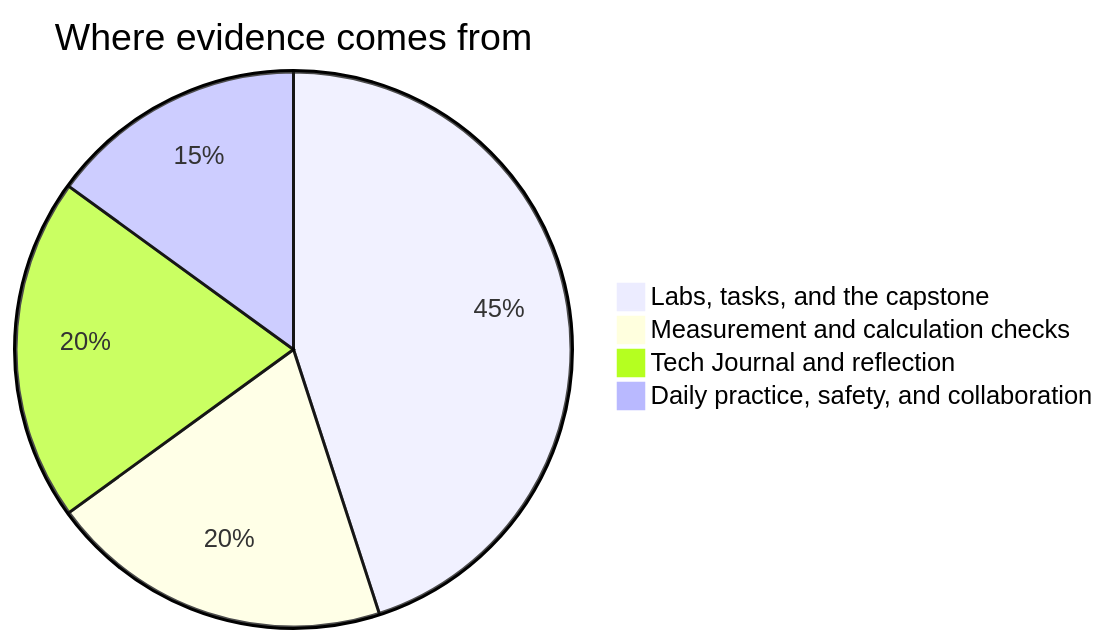
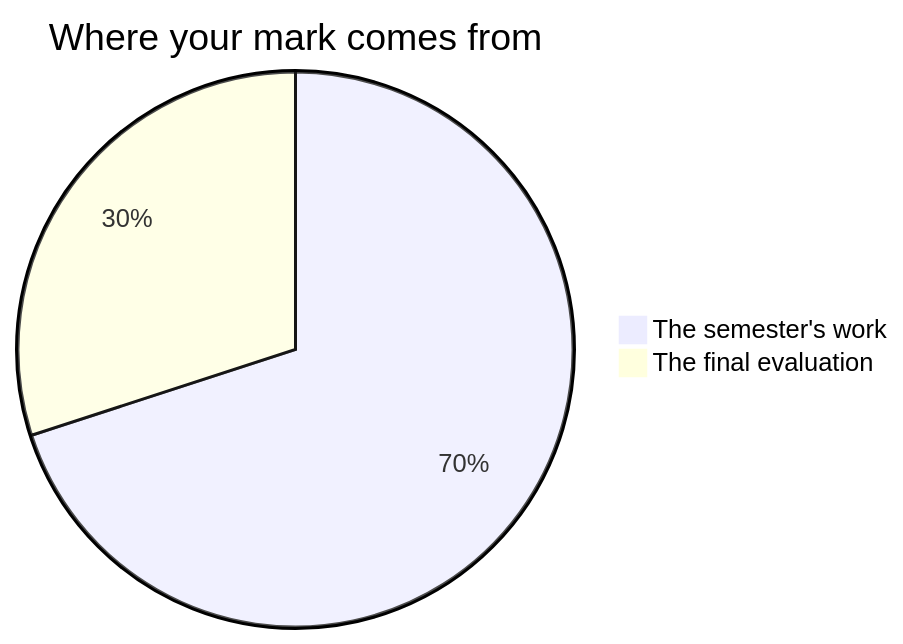
One commit to russellgordon/containerized-quartz-for-teachers changed the diagram in support/example_content/TEJ3M/shared/Setup/How Marks Work.md. Above: the diagram before and after it, drawn with Mermaid. The commit also changed other lines of this file and 53 other files, not shown here.

````diff
--- a/support/example_content/TEJ3M/shared/Setup/How Marks Work.md
+++ b/support/example_content/TEJ3M/shared/Setup/How Marks Work.md
@@ -17,7 +24,5 @@
 ```mermaid
-pie title Where evidence comes from
-    "Labs, tasks, and the capstone" : 45
-    "Measurement and calculation checks" : 20
-    "Tech Journal and reflection" : 20
-    "Daily practice, safety, and collaboration" : 15
+pie title Where your mark comes from
+    "The semester's work" : 70
+    "The final evaluation" : 30
 ```
````
